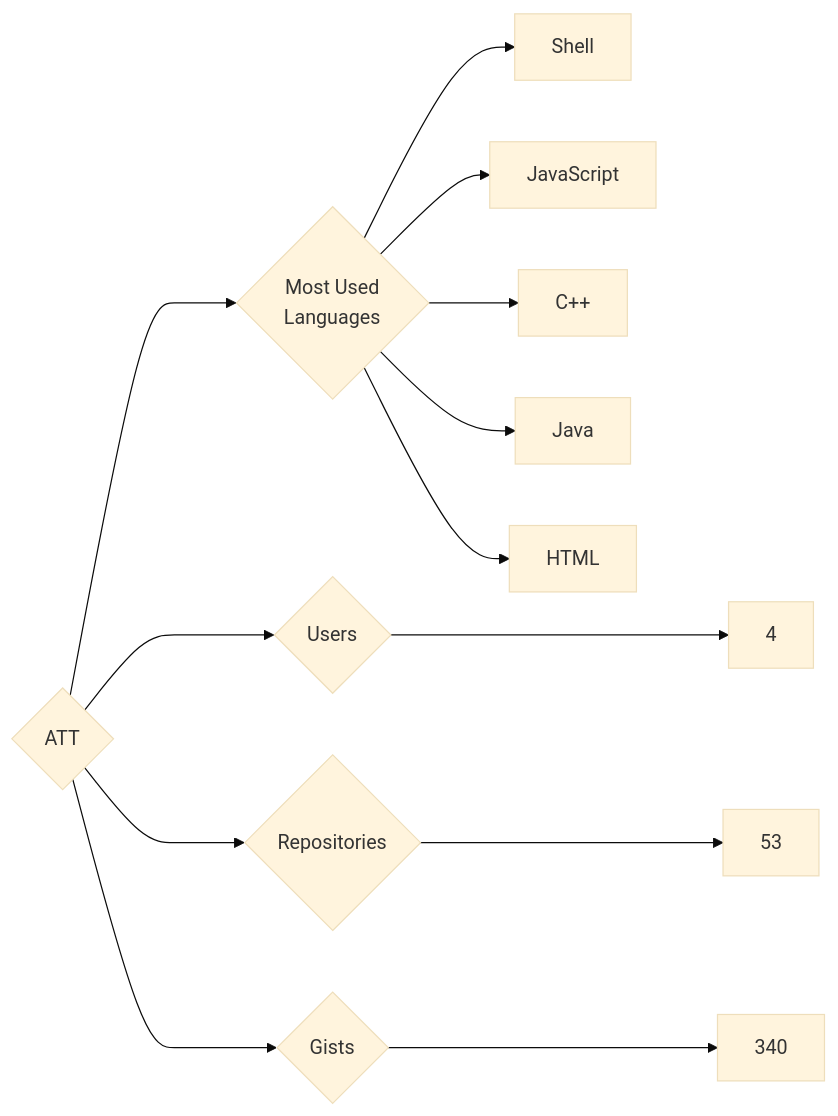
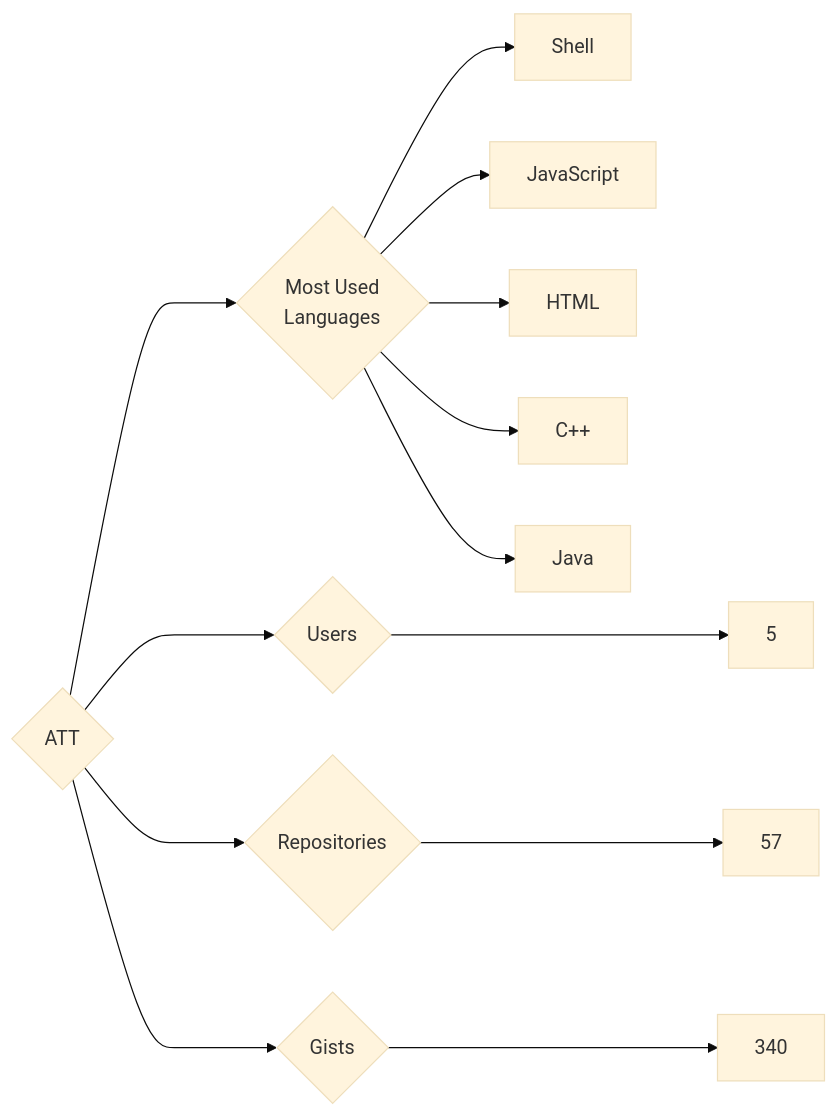
Before and after one commit to trickest/insiders: the diagram in targets/ATT/README.md, drawn with Mermaid (base theme). The commit also changed 749 other files, not shown here.

````diff
--- a/targets/ATT/README.md
+++ b/targets/ATT/README.md
@@ -3,13 +3,13 @@
 ```mermaid
 graph LR
 COMPANY_NAME{ATT}
-COMPANY_NAME ---> U{Users} ---> UN[4]
-COMPANY_NAME ---> R{Repositories} ---> RN[53]
+COMPANY_NAME ---> U{Users} ---> UN[5]
+COMPANY_NAME ---> R{Repositories} ---> RN[57]
 COMPANY_NAME ---> G{Gists} ---> GN[340]
 COMPANY_NAME ---> ML{Most Used<br>Languages}
 ML --> Shell[Shell]
 ML --> JavaScript[JavaScript]
+ML --> HTML[HTML]
 ML --> C++[C++]
 ML --> Java[Java]
-ML --> HTML[HTML]
 ```
````
